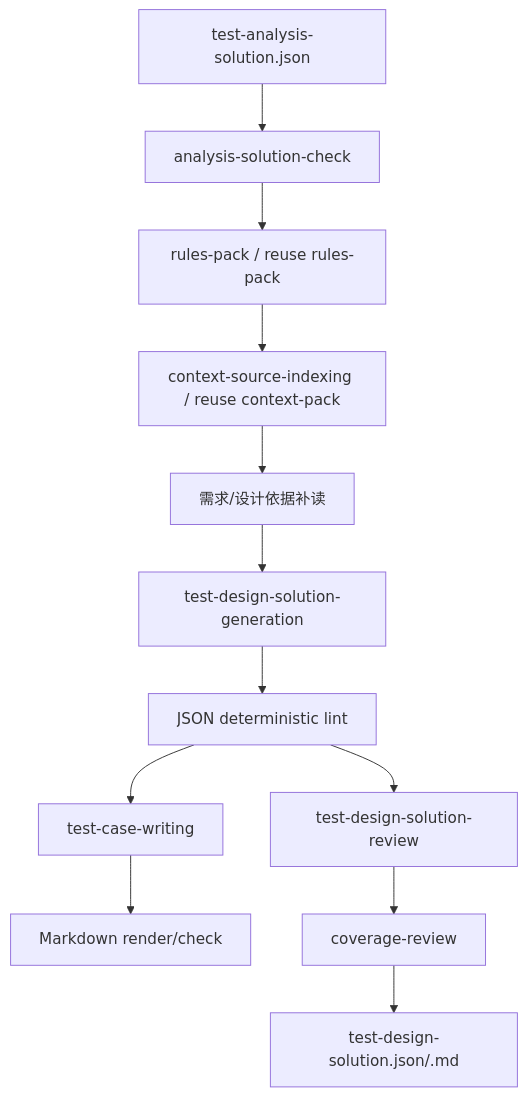
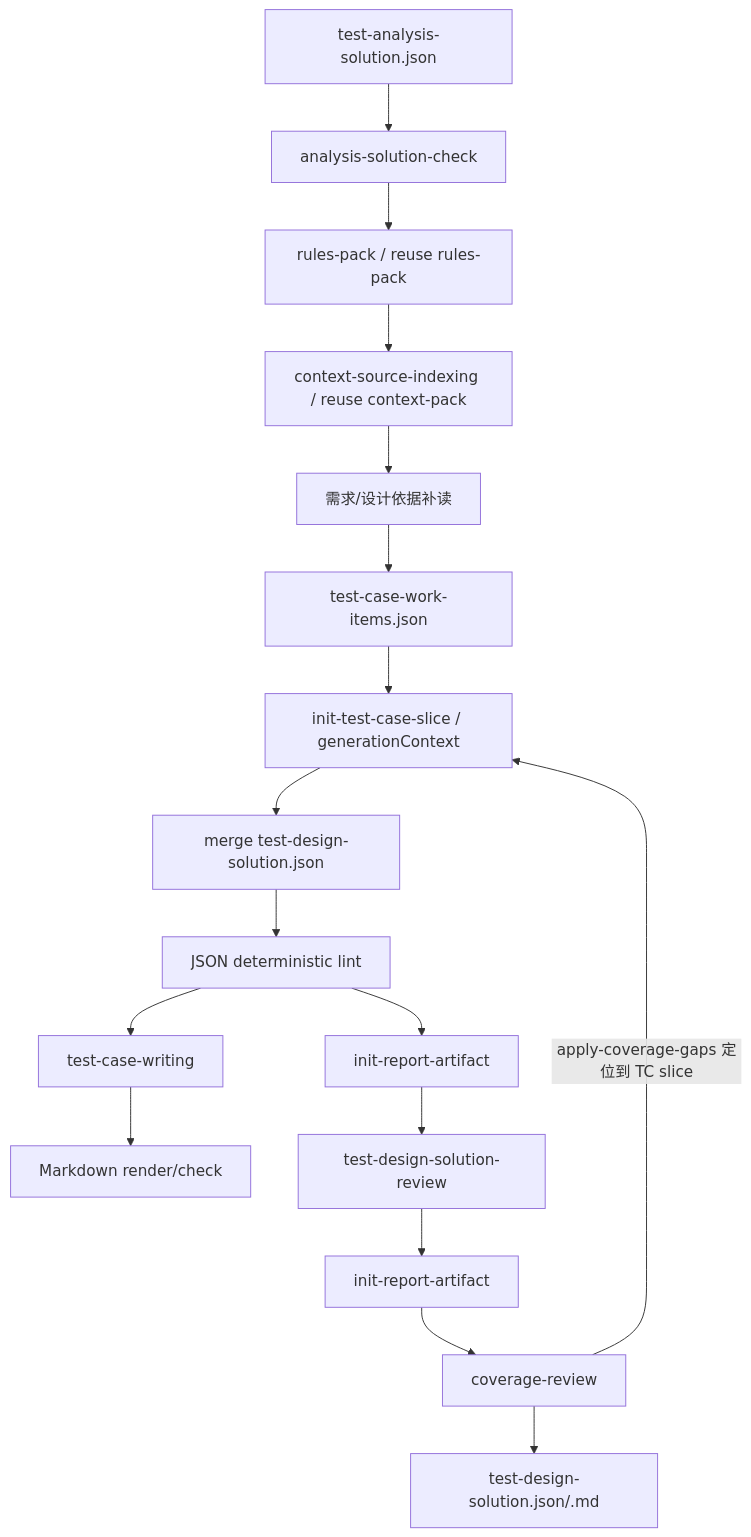
Before and after one commit to szluoqy-byte/Test-Analysis-Agent-MM: the diagram in docs/test-design-agent-design.md, drawn with Mermaid. The commit also changed other lines of this file and 158 other files, not shown here.

````diff
--- a/docs/test-design-agent-design.md
+++ b/docs/test-design-agent-design.md
@@ -11,14 +11,19 @@
 ```mermaid
 flowchart TD
   analysis["test-analysis-solution.json"] --> check["analysis-solution-check"]
   check --> rules["rules-pack / reuse rules-pack"]
   rules --> context["context-source-indexing / reuse context-pack"]
   context --> basis["需求/设计依据补读"]
-  basis --> generation["test-design-solution-generation"]
+  basis --> workItems["test-case-work-items.json"]
+  workItems --> slices["init-test-case-slice / generationContext"]
+  slices --> generation["merge test-design-solution.json"]
   generation --> jsonlint["JSON deterministic lint"]
   jsonlint --> writing["test-case-writing"]
   writing --> lint["Markdown render/check"]
-  jsonlint --> review["test-design-solution-review"]
-  review --> coverage["coverage-review"]
+  jsonlint --> reviewInit["init-report-artifact"]
+  reviewInit --> review["test-design-solution-review"]
+  review --> coverageInit["init-report-artifact"]
+  coverageInit --> coverage["coverage-review"]
+  coverage -->|apply-coverage-gaps 定位到 TC slice| slices
   coverage --> output["test-design-solution.json/.md"]
 ```
````
